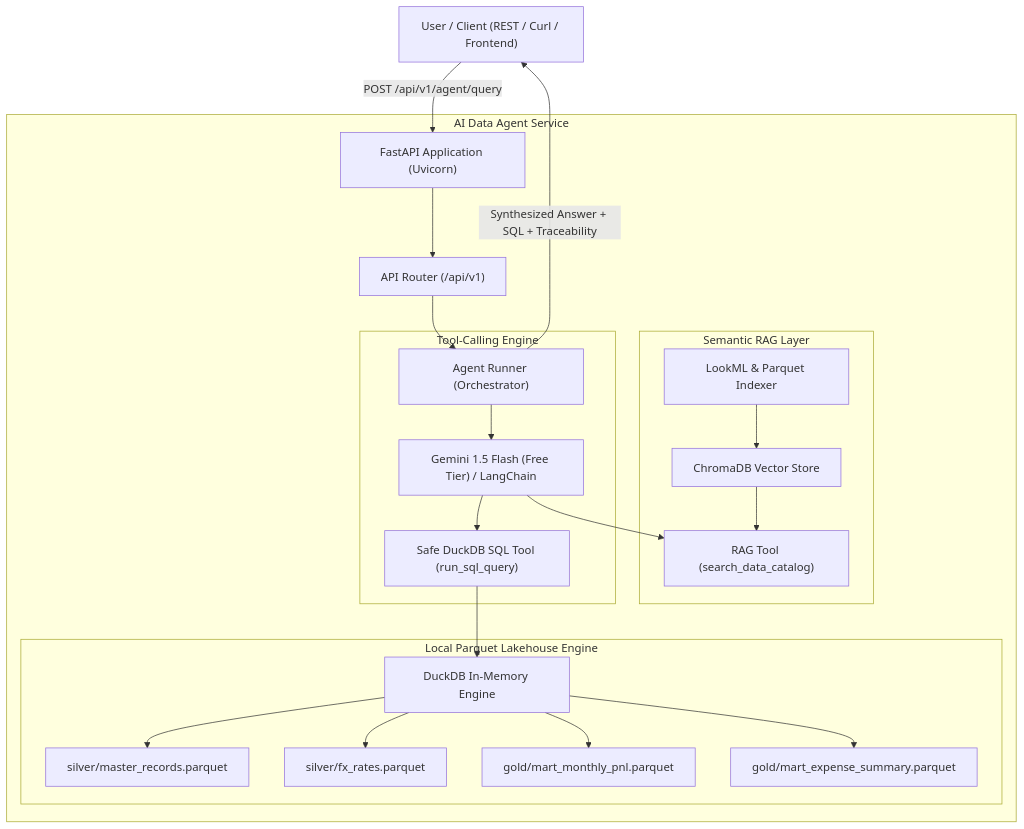
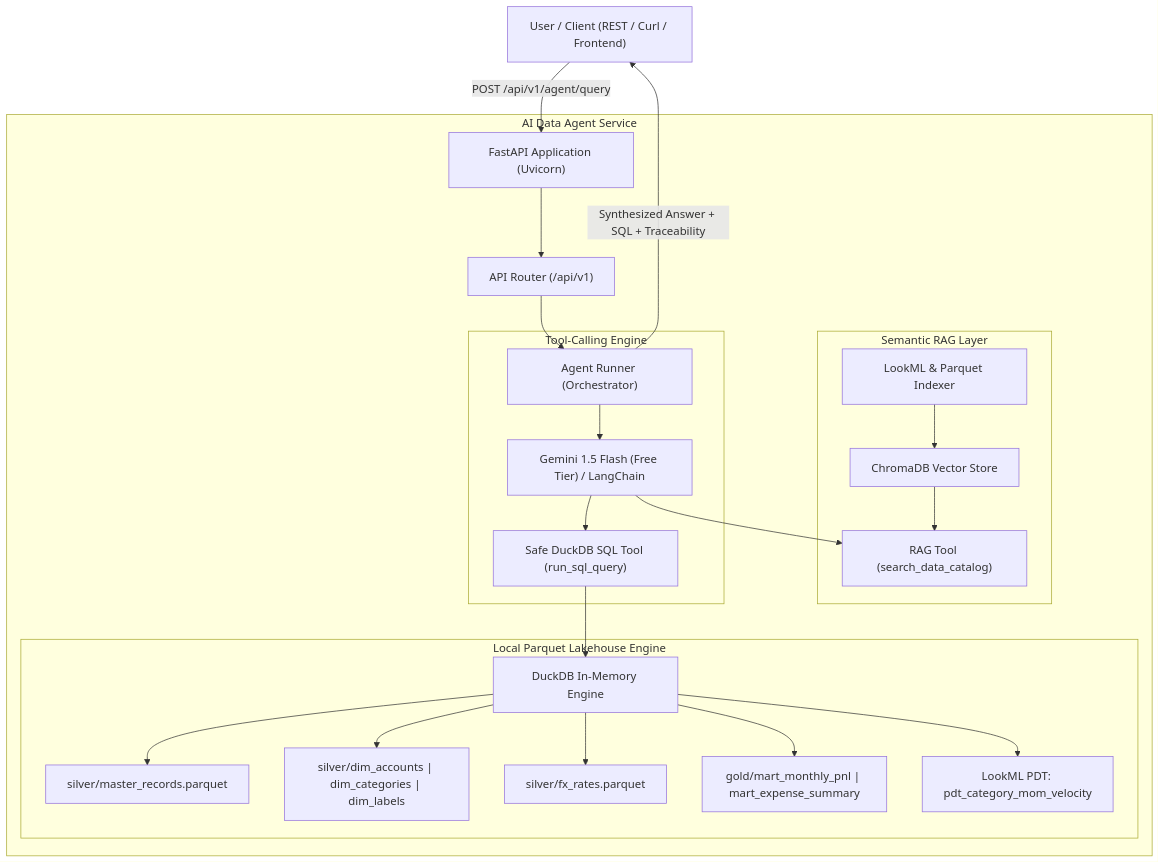
The diagram in README.md (carlosgilroa/ai-data-agent), drawn with Mermaid before and after one commit. The commit also changed other lines of this file and 11 other files, not shown here.

Commit message:
feat(rag,duckdb): bind LookML sql_table_name directly to 7 parquet tables, compile derived_table PDTs, and attach table schemas in catalog search

````diff
--- a/README.md
+++ b/README.md
@@ -18,30 +18,31 @@
 ```mermaid
 flowchart TD
     User["User / Client (REST / Curl / Frontend)"] -->|POST /api/v1/agent/query| FastAPI["FastAPI Application (Uvicorn)"]
     
     subgraph Microservice ["AI Data Agent Service"]
         FastAPI --> Router["API Router (/api/v1)"]
         Router --> Runner["Agent Runner (Orchestrator)"]
         
         subgraph SemanticRAG ["Semantic RAG Layer"]
             Indexer["LookML & Parquet Indexer"] --> Chroma["ChromaDB Vector Store"]
             Chroma --> RAGTool["RAG Tool (search_data_catalog)"]
         end
         
         subgraph Reasoning ["Tool-Calling Engine"]
             Runner --> LLM["Gemini 1.5 Flash (Free Tier) / LangChain"]
             LLM --> RAGTool
             LLM --> DuckDBTool["Safe DuckDB SQL Tool (run_sql_query)"]
         end
         
         subgraph StorageEngine ["Local Parquet Lakehouse Engine"]
             DuckDBTool --> DuckDB["DuckDB In-Memory Engine"]
             DuckDB --> MasterRecords["silver/master_records.parquet"]
+            DuckDB --> DimTables["silver/dim_accounts | dim_categories | dim_labels"]
             DuckDB --> FXRates["silver/fx_rates.parquet"]
-            DuckDB --> GoldPnL["gold/mart_monthly_pnl.parquet"]
-            DuckDB --> GoldExpense["gold/mart_expense_summary.parquet"]
+            DuckDB --> GoldMarts["gold/mart_monthly_pnl | mart_expense_summary"]
+            DuckDB --> LookMLPDT["LookML PDT: pdt_category_mom_velocity"]
         end
     end
 
     Runner -->|Synthesized Answer + SQL + Traceability| User
 ```
````
